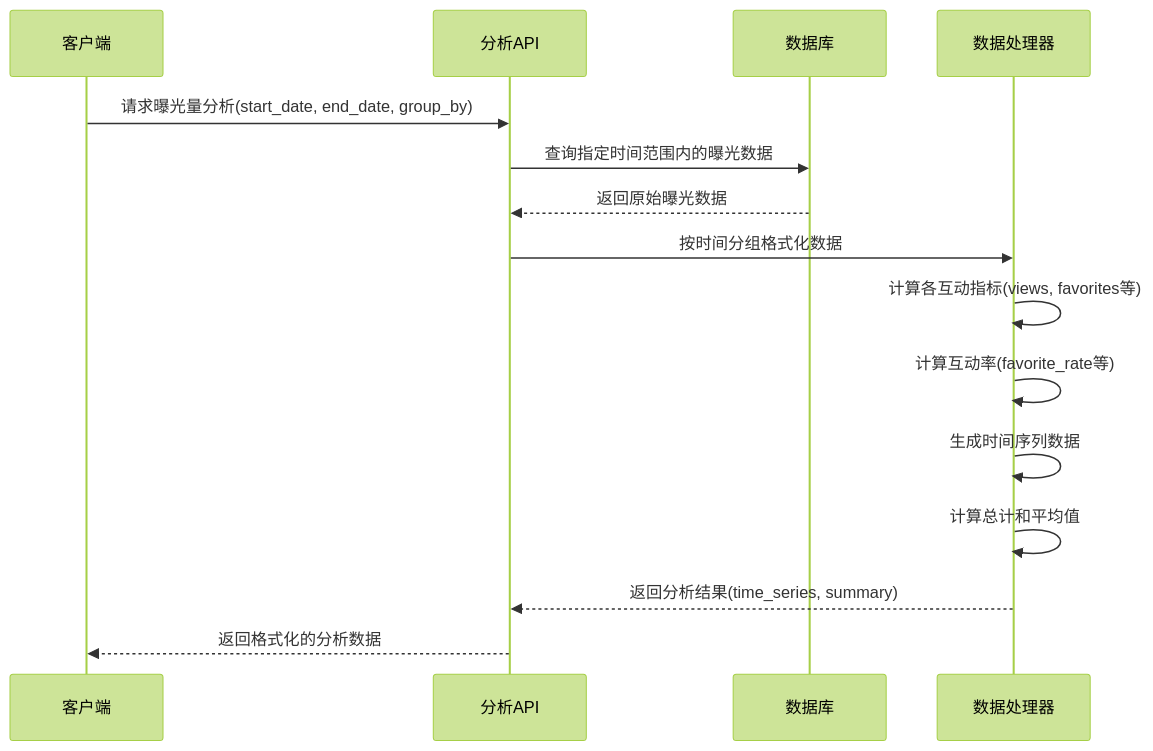
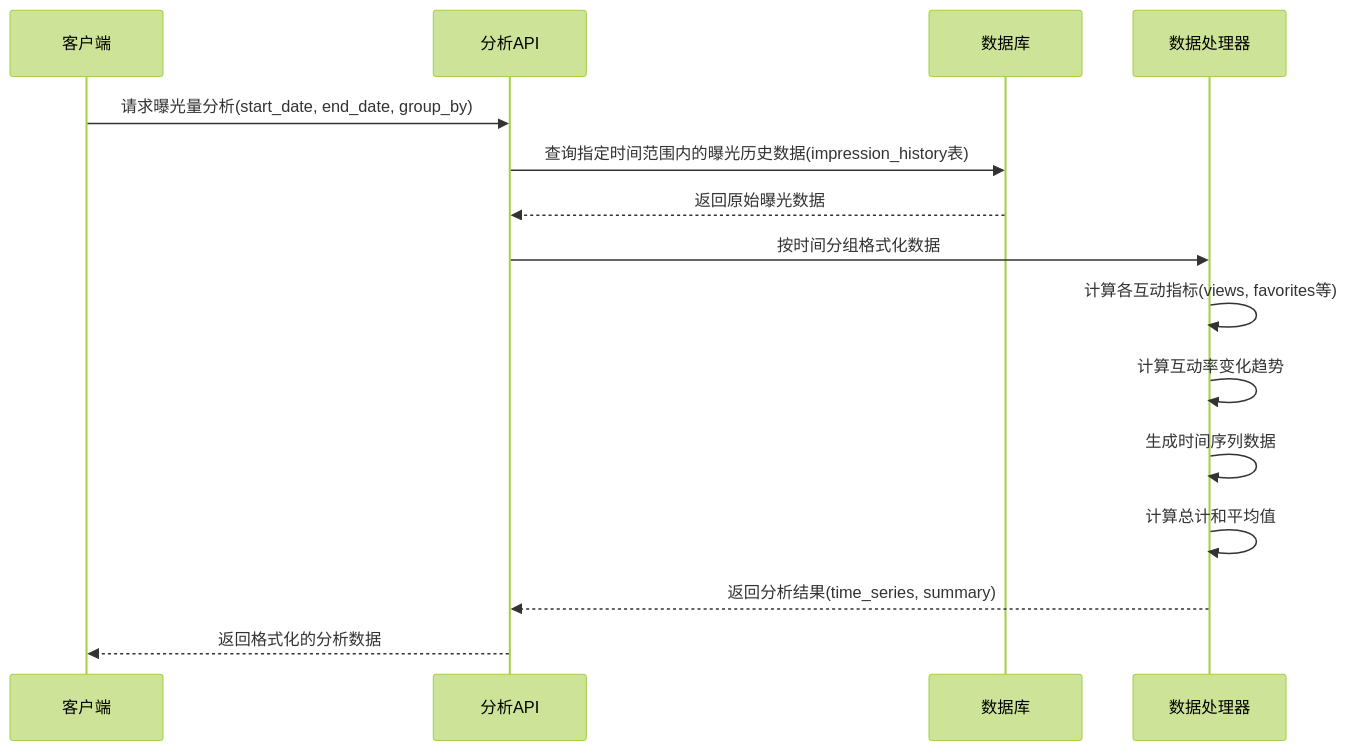
One commit to Taskon-xyz/AIProduct changed the sixth of 6 diagrams in tech.md. Above: the diagram before and after it, drawn with Mermaid (forest theme). The commit also changed other lines of this file, not shown here.

````diff
--- a/tech.md
+++ b/tech.md
@@ -592,21 +604,21 @@
 ```mermaid
 sequenceDiagram
     participant Client as 客户端
     participant API as 分析API
     participant DB as 数据库
     participant Processor as 数据处理器
     
     Client->>API: 请求曝光量分析(start_date, end_date, group_by)
-    API->>DB: 查询指定时间范围内的曝光数据
+    API->>DB: 查询指定时间范围内的曝光历史数据(impression_history表)
     
     DB-->>API: 返回原始曝光数据
     
     API->>Processor: 按时间分组格式化数据
     Processor->>Processor: 计算各互动指标(views, favorites等)
-    Processor->>Processor: 计算互动率(favorite_rate等)
+    Processor->>Processor: 计算互动率变化趋势
     Processor->>Processor: 生成时间序列数据
     Processor->>Processor: 计算总计和平均值
     
     Processor-->>API: 返回分析结果(time_series, summary)
     API-->>Client: 返回格式化的分析数据
 ```
````
